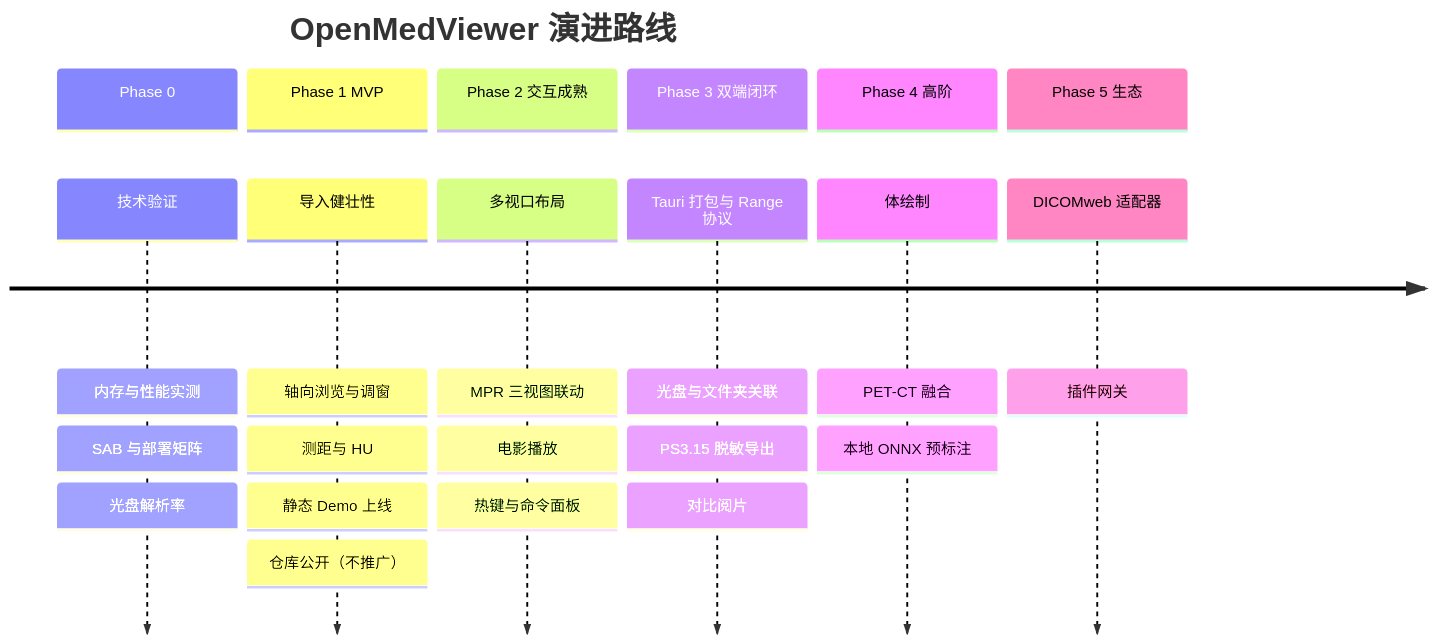
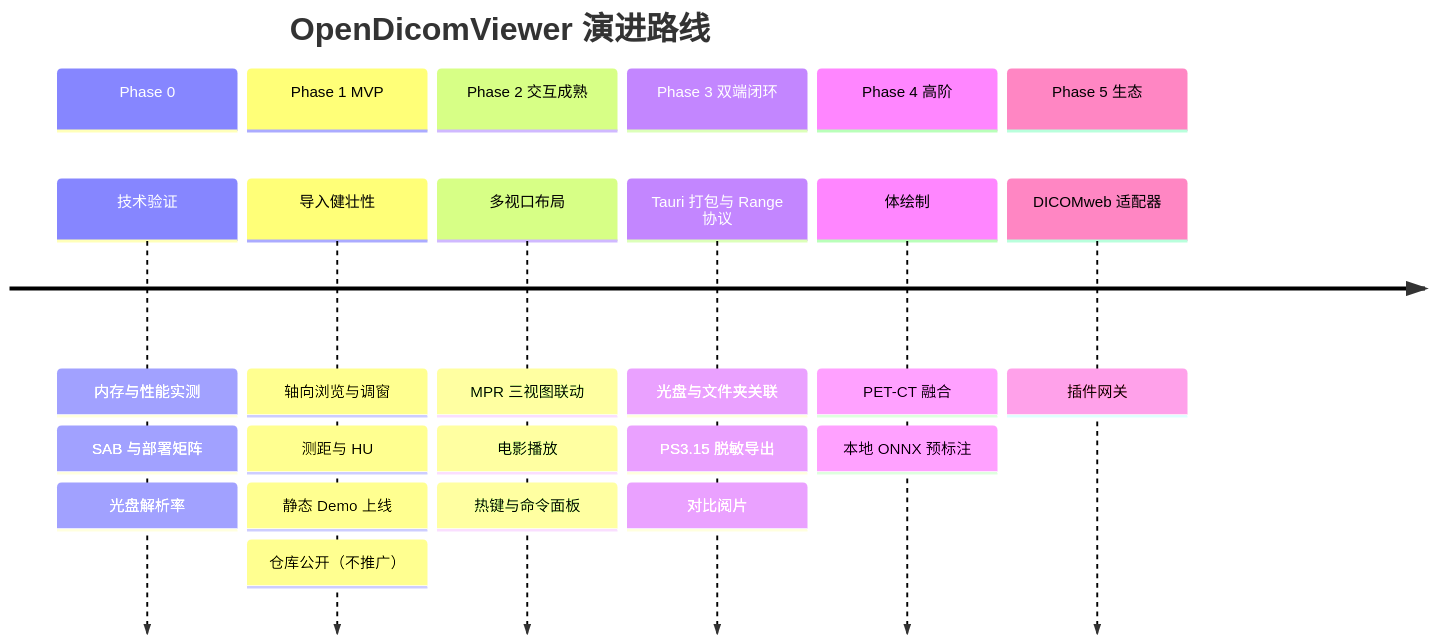
One commit to Xxcool/opendicomviewer changed the fourth of 4 diagrams in docs/ARCHITECTURE.md. Above: the diagram before and after it, drawn with Mermaid. The commit also changed other lines of this file and 6 other files, not shown here.

Commit message:
chore: rename project to OpenDicomViewer and update ADR-011

````diff
--- a/docs/ARCHITECTURE.md
+++ b/docs/ARCHITECTURE.md
@@ -697,16 +698,16 @@
 ```mermaid
 timeline
-    title OpenMedViewer 演进路线
+    title OpenDicomViewer 演进路线
     section Phase 0
         技术验证 : 内存与性能实测 : SAB 与部署矩阵 : 光盘解析率
     section Phase 1 MVP
         导入健壮性 : 轴向浏览与调窗 : 测距与 HU : 静态 Demo 上线 : 仓库公开（不推广）
     section Phase 2 交互成熟
         多视口布局 : MPR 三视图联动 : 电影播放 : 热键与命令面板
     section Phase 3 双端闭环
         Tauri 打包与 Range 协议 : 光盘与文件夹关联 : PS3.15 脱敏导出 : 对比阅片
     section Phase 4 高阶
         体绘制 : PET-CT 融合 : 本地 ONNX 预标注
     section Phase 5 生态
         DICOMweb 适配器 : 插件网关
 ```
````
